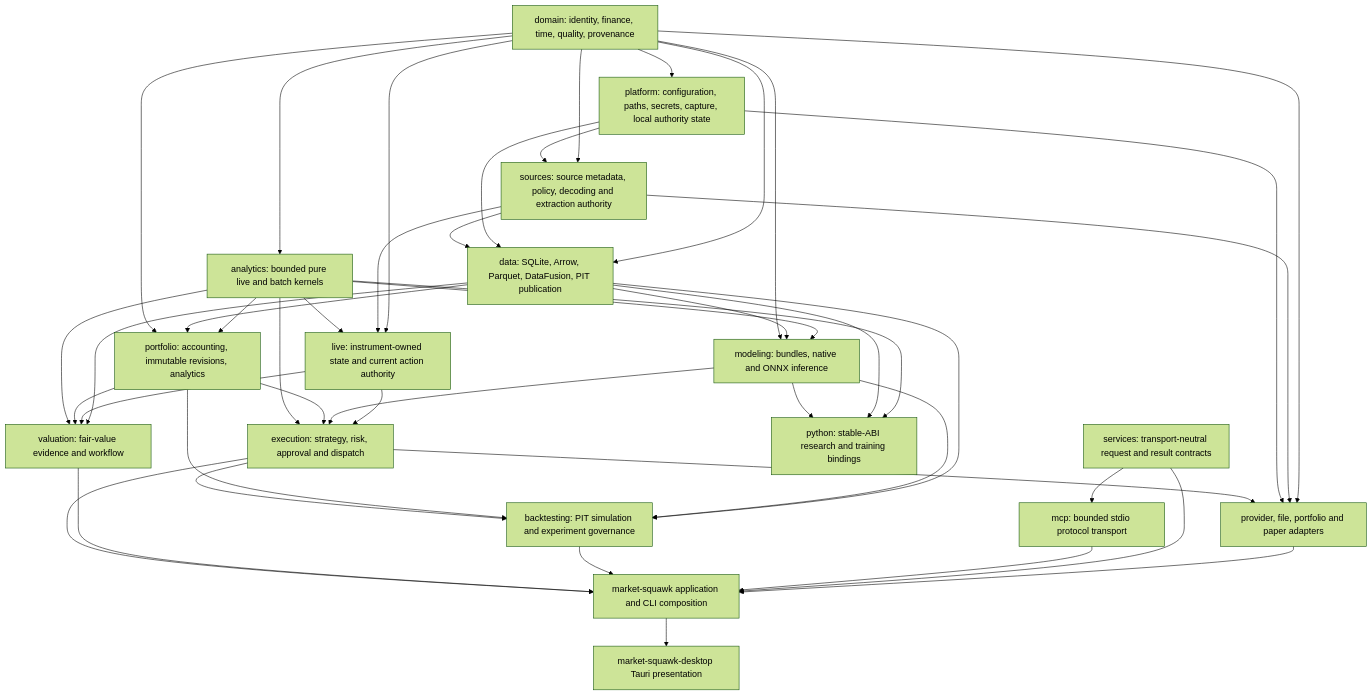
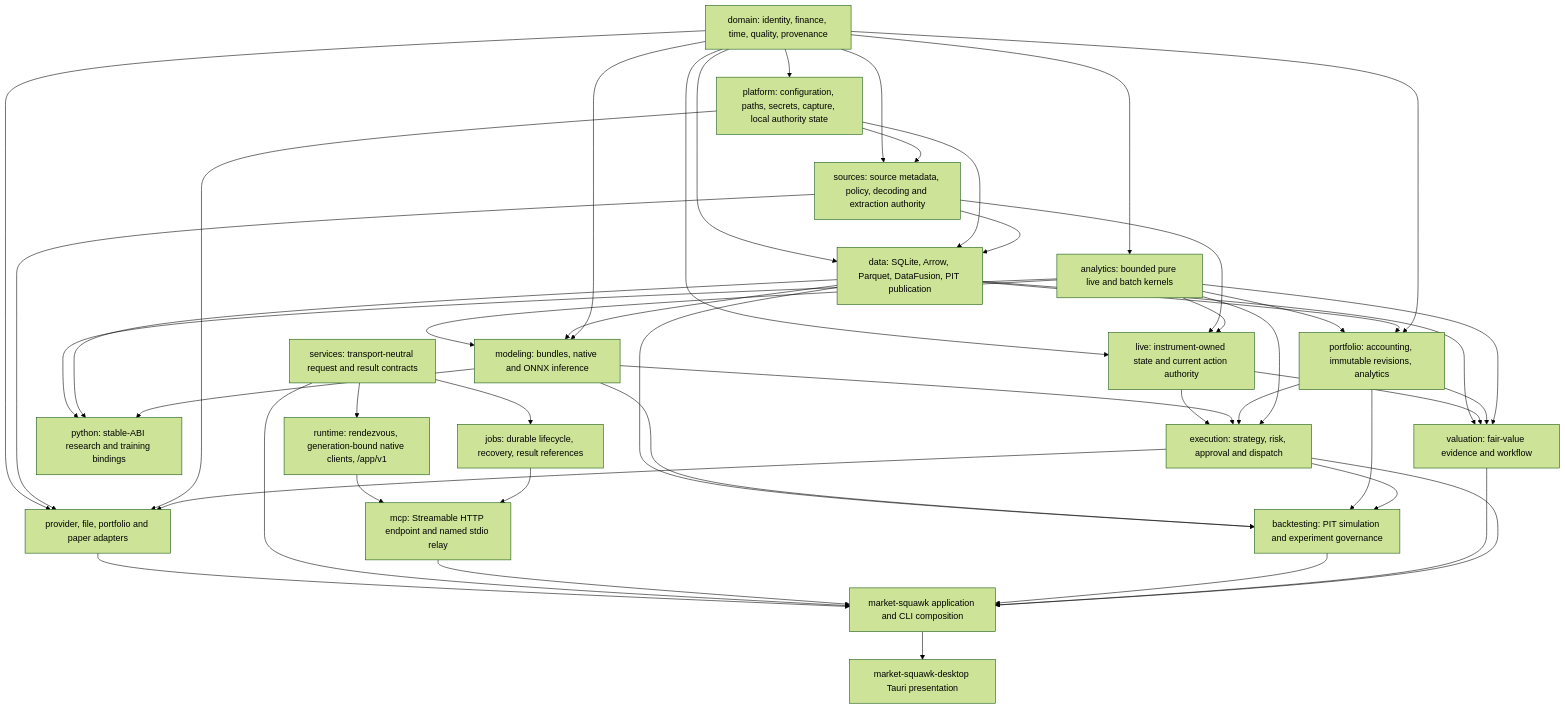
Before and after one commit to Sawmonabo/market-squawk: the first of 2 diagrams in docs/architecture/building-blocks.md, drawn with Mermaid (forest theme). The commit also changed other lines of this file and 22 other files, not shown here.

````diff
--- a/docs/architecture/building-blocks.md
+++ b/docs/architecture/building-blocks.md
@@ -57,68 +56,73 @@
 ```mermaid
 flowchart TB
     Domain["domain: identity, finance, time, quality, provenance"]
     Services["services: transport-neutral request and result contracts"]
 
     Platform["platform: configuration, paths, secrets, capture, local authority state"]
     Sources["sources: source metadata, policy, decoding and extraction authority"]
     Analytics["analytics: bounded pure live and batch kernels"]
 
     Live["live: instrument-owned state and current action authority"]
     Data["data: SQLite, Arrow, Parquet, DataFusion, PIT publication"]
 
     Modeling["modeling: bundles, native and ONNX inference"]
     Portfolio["portfolio: accounting, immutable revisions, analytics"]
     Execution["execution: strategy, risk, approval and dispatch"]
     Backtesting["backtesting: PIT simulation and experiment governance"]
     Valuation["valuation: fair-value evidence and workflow"]
     Python["python: stable-ABI research and training bindings"]
-    Mcp["mcp: bounded stdio protocol transport"]
+    Runtime["runtime: rendezvous, generation-bound native clients, /app/v1"]
+    Jobs["jobs: durable lifecycle, recovery, result references"]
+    Mcp["mcp: Streamable HTTP endpoint and named stdio relay"]
 
     Adapters["provider, file, portfolio and paper adapters"]
     App["market-squawk application and CLI composition"]
     Desktop["market-squawk-desktop Tauri presentation"]
 
     Domain --> Platform
     Domain --> Sources
     Platform --> Sources
     Domain --> Analytics
     Domain --> Live
     Sources --> Live
     Analytics --> Live
     Domain --> Data
     Platform --> Data
     Sources --> Data
     Analytics --> Modeling
     Data --> Modeling
     Domain --> Modeling
     Analytics --> Portfolio
     Data --> Portfolio
     Domain --> Portfolio
     Live --> Execution
     Modeling --> Execution
     Portfolio --> Execution
     Analytics --> Execution
     Data --> Backtesting
     Modeling --> Backtesting
     Portfolio --> Backtesting
     Execution --> Backtesting
     Data --> Valuation
     Live --> Valuation
     Portfolio --> Valuation
     Analytics --> Valuation
     Analytics --> Python
     Data --> Python
     Modeling --> Python
-    Services --> Mcp
+    Services --> Runtime
+    Services --> Jobs
+    Runtime --> Mcp
+    Jobs --> Mcp
     Domain --> Adapters
     Sources --> Adapters
     Platform --> Adapters
     Execution --> Adapters
     Adapters --> App
     Services --> App
     Mcp --> App
     Backtesting --> App
     Valuation --> App
     Execution --> App
     App --> Desktop
 ```
````
